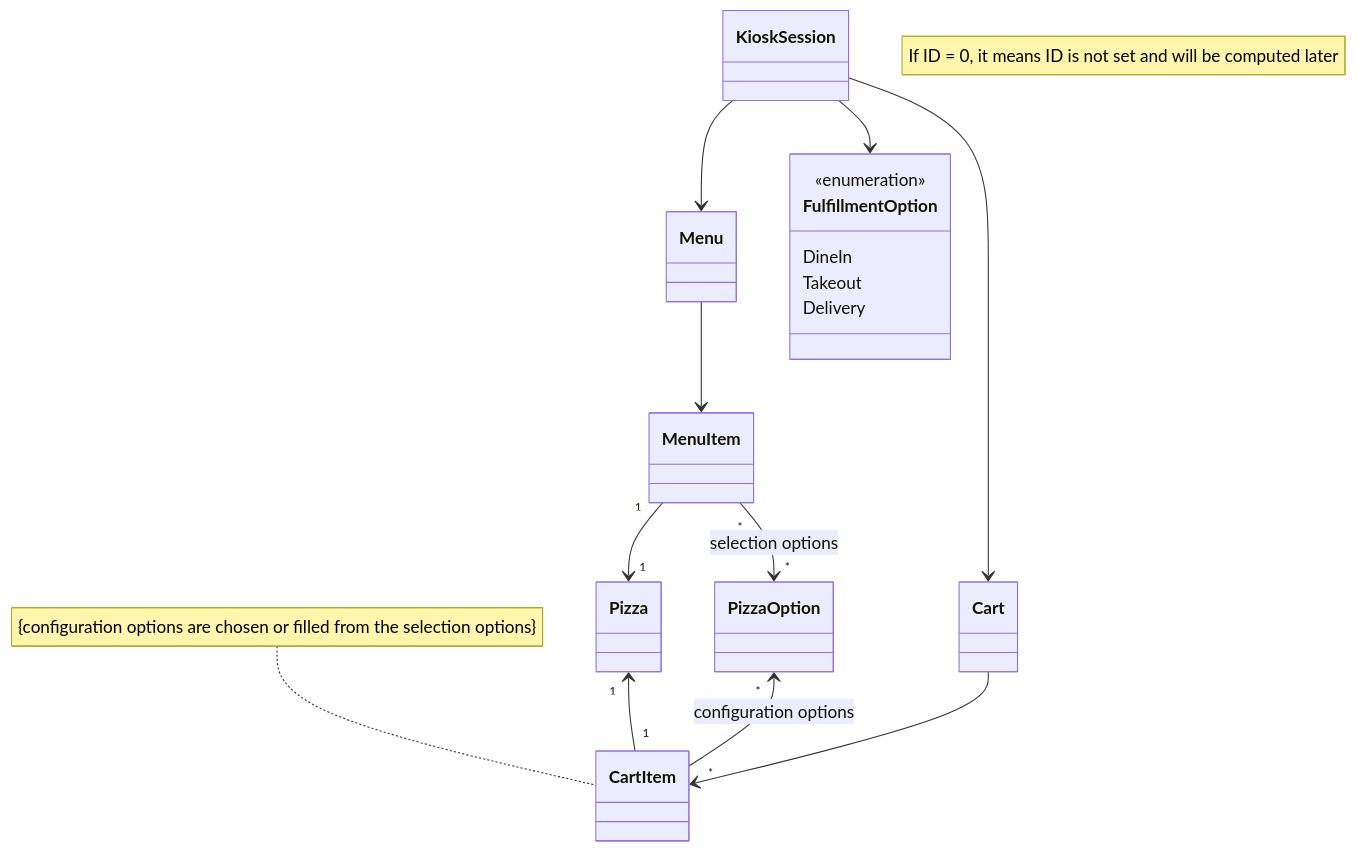
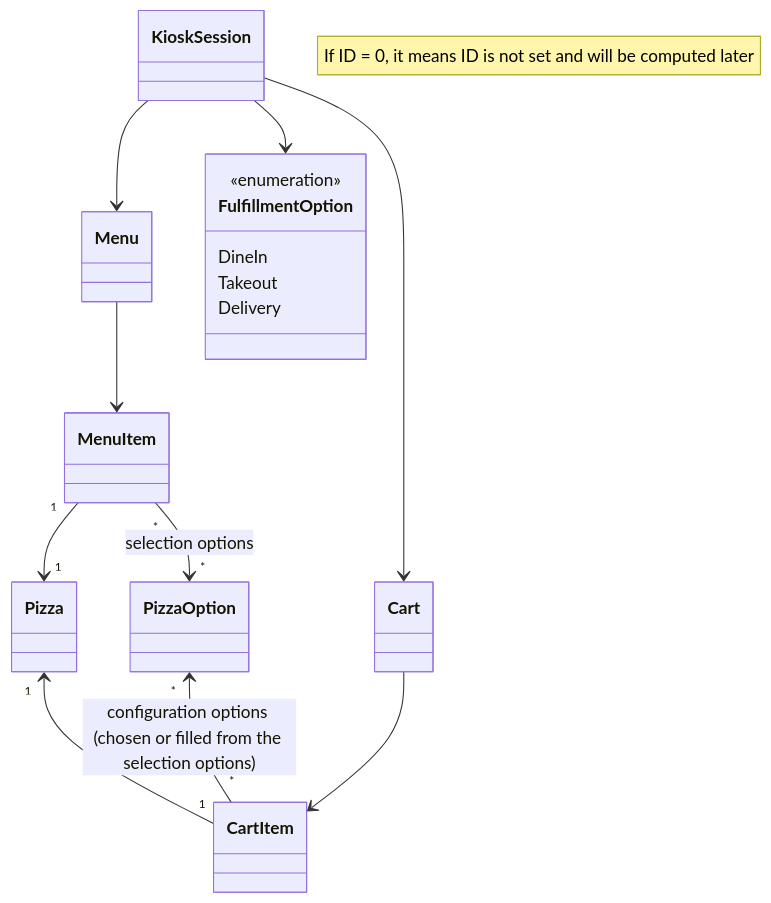
The diagram in README.md (ekral/Utb.PizzaKiosk), drawn with Mermaid before and after one commit.

````diff
--- a/README.md
+++ b/README.md
@@ -160,28 +160,27 @@
 ```mermaid
  classDiagram
    note "If ID = 0, it means ID is not set and will be computed later"
    %% direction LR
    class PizzaOption
    class Pizza
    class MenuItem
    class Menu
    class CartItem
    class Cart
-   note for CartItem "{configuration options are chosen or filled from the selection options}"
    class FulfillmentOption{
       <<enumeration>>
       DineIn
       Takeout
       Delivery
    }
    class KioskSession
    MenuItem "1" --> "1"  Pizza
    Pizza "1" <-- "1"  CartItem
    MenuItem "*" --> "*"  PizzaOption : selection options
-   PizzaOption "*" <-- "*" CartItem : configuration options
+   PizzaOption "*" <-- "*" CartItem : configuration options (chosen or filled from the selection options)
    Menu --> MenuItem
    Cart --> CartItem
    KioskSession --> Cart
    KioskSession --> FulfillmentOption
    KioskSession --> Menu
 ```
````
